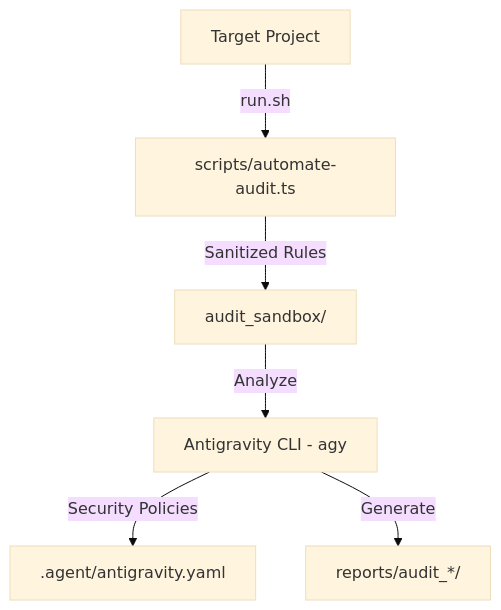
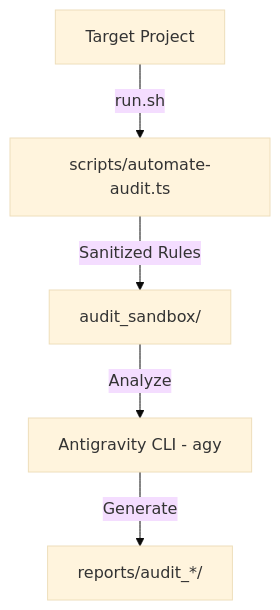
Before and after one commit to lperezp/firebase-rules-agent: the diagram in README.md, drawn with Mermaid (base theme). The commit also changed other lines of this file and 1 other file, not shown here.

Commit message:
docs: remove reference to compliance policies in README after deleting antigravity.yaml

````diff
--- a/README.md
+++ b/README.md
@@ -11,8 +11,7 @@
 ```mermaid
 graph TD
     A[Target Project] -->|run.sh| B[scripts/automate-audit.ts]
     B -->|Sanitized Rules| C[audit_sandbox/]
     C -->|Analyze| D[Antigravity CLI - agy]
-    D -->|Security Policies| E[.agent/antigravity.yaml]
     D -->|Generate| F[reports/audit_*/]
 ```
````
